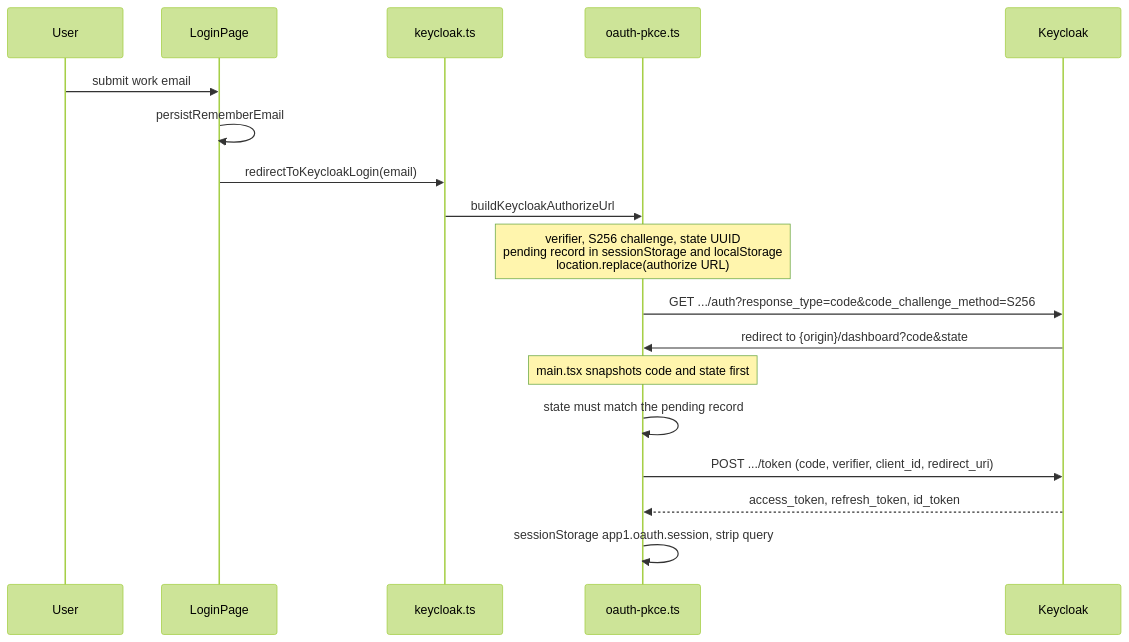
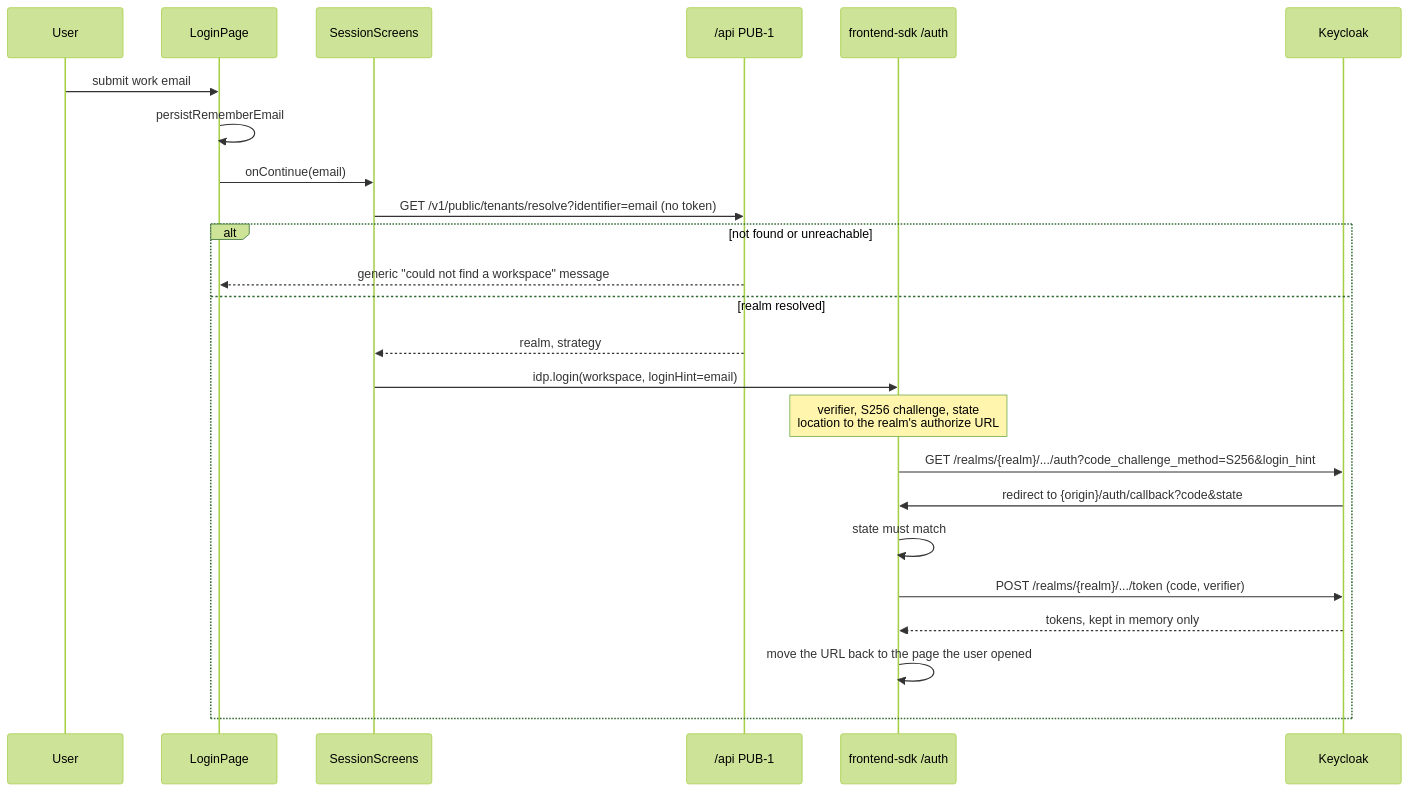
The diagram in docs/architecture/mermaid/sign-in-flow.mmd (BCBP-SOLUTIONS-FZC-LLC/web-shell), drawn with Mermaid (forest theme) before and after one commit. The commit also changed 112 other files, not shown here.

First line of the commit message:
Move the shell to the platform SDK 1.0.0-alpha.2 on Rsbuild. (#16)

```diff
--- a/docs/architecture/mermaid/sign-in-flow.mmd
+++ b/docs/architecture/mermaid/sign-in-flow.mmd
@@ -1,21 +1,25 @@
 sequenceDiagram
     participant User
     participant Login as LoginPage
-    participant Facade as keycloak.ts
-    participant PKCE as oauth-pkce.ts
+    participant Screens as SessionScreens
+    participant IAM as /api PUB-1
+    participant SDK as frontend-sdk /auth
     participant KC as Keycloak
 
     User->>Login: submit work email
     Login->>Login: persistRememberEmail
-    Login->>Facade: redirectToKeycloakLogin(email)
-    Facade->>PKCE: buildKeycloakAuthorizeUrl
-    Note over PKCE: verifier, S256 challenge, state UUID<br/>pending record in sessionStorage and localStorage<br/>location.replace(authorize URL)
-
-    PKCE->>KC: GET .../auth?response_type=code&code_challenge_method=S256
-    KC->>PKCE: redirect to {origin}/dashboard?code&state
-    Note over PKCE: main.tsx snapshots code and state first
-
-    PKCE->>PKCE: state must match the pending record
-    PKCE->>KC: POST .../token (code, verifier, client_id, redirect_uri)
-    KC-->>PKCE: access_token, refresh_token, id_token
-    PKCE->>PKCE: sessionStorage app1.oauth.session, strip query
+    Login->>Screens: onContinue(email)
+    Screens->>IAM: GET /v1/public/tenants/resolve?identifier=email (no token)
+    alt not found or unreachable
+        IAM-->>Login: generic "could not find a workspace" message
+    else realm resolved
+        IAM-->>Screens: realm, strategy
+        Screens->>SDK: idp.login(workspace, loginHint=email)
+        Note over SDK: verifier, S256 challenge, state<br/>location to the realm's authorize URL
+        SDK->>KC: GET /realms/{realm}/.../auth?code_challenge_method=S256&login_hint
+        KC->>SDK: redirect to {origin}/auth/callback?code&state
+        SDK->>SDK: state must match
+        SDK->>KC: POST /realms/{realm}/.../token (code, verifier)
+        KC-->>SDK: tokens, kept in memory only
+        SDK->>SDK: move the URL back to the page the user opened
+    end
```
